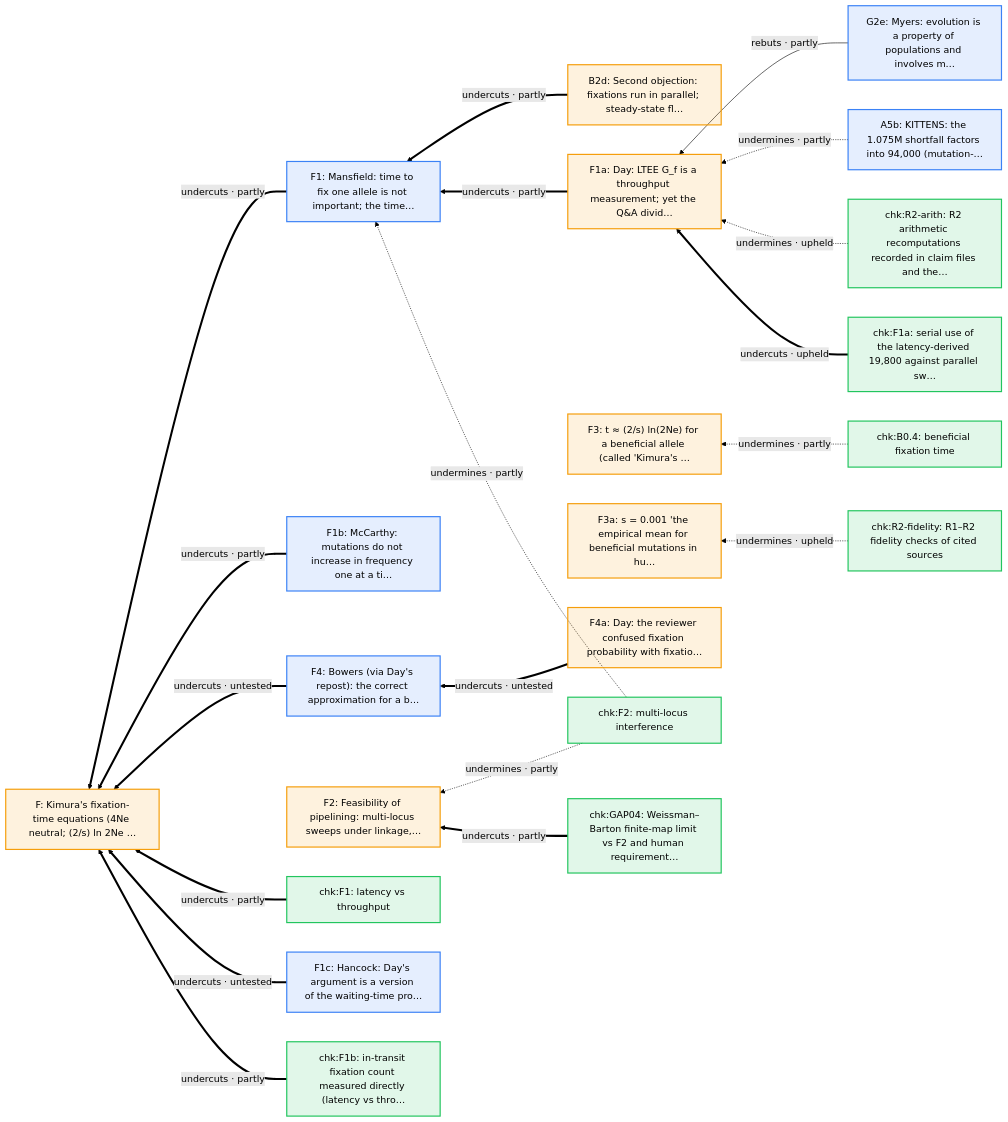
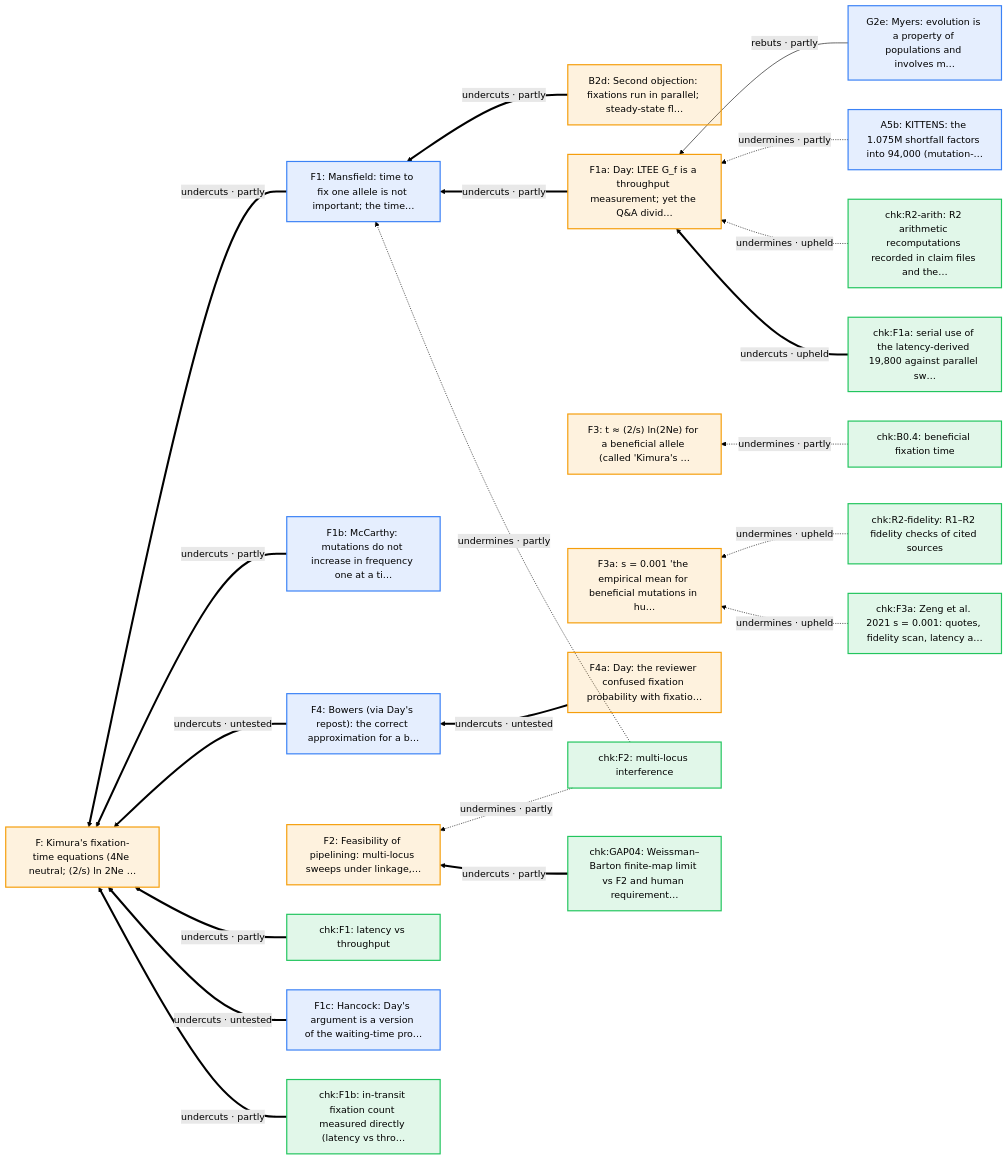
Before and after one commit to nickallevato/evo-sim: diagram 12 of 19 in docs/arguments/defeaters.md, drawn with Mermaid (forest theme). The commit also changed other lines of this file and 32 other files, not shown here.

````diff
--- a/docs/arguments/defeaters.md
+++ b/docs/arguments/defeaters.md
@@ -615,47 +627,49 @@
 ```mermaid
 flowchart RL
   classDef day fill:#f59e0b22,stroke:#f59e0b,stroke-width:2px
   classDef ally fill:#d9770622,stroke:#d97706,stroke-width:2px
   classDef critic fill:#3b82f622,stroke:#3b82f6,stroke-width:2px
   classDef literature fill:#a3a3a322,stroke:#a3a3a3,stroke-width:2px
   classDef audit fill:#22c55e22,stroke:#22c55e,stroke-width:2px
   A5b["A5b: KITTENS: the 1.075M shortfall factors into 94,000 (mutation-…"]:::critic
   B2d["B2d: Second objection: fixations run in parallel; steady-state fl…"]:::day
   F["F: Kimura's fixation-time equations (4Ne neutral; (2/s) ln 2Ne …"]:::day
   F1["F1: Mansfield: time to fix one allele is not important; the time…"]:::critic
   F1a["F1a: Day: LTEE G_f is a throughput measurement; yet the Q&A divid…"]:::day
   F1b["F1b: McCarthy: mutations do not increase in frequency one at a ti…"]:::critic
   F1c["F1c: Hancock: Day's argument is a version of the waiting-time pro…"]:::critic
   F2["F2: Feasibility of pipelining: multi-locus sweeps under linkage,…"]:::day
   F3["F3: t ≈ (2/s) ln(2Ne) for a beneficial allele (called 'Kimura's …"]:::day
   F3a["F3a: s = 0.001 'the empirical mean for beneficial mutations in hu…"]:::day
   F4["F4: Bowers (via Day's repost): the correct approximation for a b…"]:::critic
   F4a["F4a: Day: the reviewer confused fixation probability with fixatio…"]:::day
   G2e["G2e: Myers: evolution is a property of populations and involves m…"]:::critic
   chk_B0_4["chk:B0.4: beneficial fixation time"]:::audit
   chk_F1["chk:F1: latency vs throughput"]:::audit
   chk_F1a["chk:F1a: serial use of the latency-derived 19,800 against parallel sw…"]:::audit
   chk_F1b["chk:F1b: in-transit fixation count measured directly (latency vs thro…"]:::audit
   chk_F2["chk:F2: multi-locus interference"]:::audit
+  chk_F3a["chk:F3a: Zeng et al. 2021 s = 0.001: quotes, fidelity scan, latency a…"]:::audit
   chk_GAP04["chk:GAP04: Weissman–Barton finite-map limit vs F2 and human requirement…"]:::audit
   chk_R2_arith["chk:R2-arith: R2 arithmetic recomputations recorded in claim files and the…"]:::audit
   chk_R2_fidelity["chk:R2-fidelity: R1–R2 fidelity checks of cited sources"]:::audit
   F1 ==>|"undercuts · partly"| F
   F1b ==>|"undercuts · partly"| F
   F4 ==>|"undercuts · untested"| F
   chk_F1 ==>|"undercuts · partly"| F
   F1c ==>|"undercuts · untested"| F
   chk_F1b ==>|"undercuts · partly"| F
   B2d ==>|"undercuts · partly"| F1
   F1a ==>|"undercuts · partly"| F1
   chk_F2 -.->|"undermines · partly"| F1
   chk_F2 -.->|"undermines · partly"| F2
   chk_GAP04 ==>|"undercuts · partly"| F2
   chk_B0_4 -.->|"undermines · partly"| F3
   F4a ==>|"undercuts · untested"| F4
   G2e -->|"rebuts · partly"| F1a
   A5b -.->|"undermines · partly"| F1a
   chk_R2_arith -.->|"undermines · upheld"| F1a
   chk_F1a ==>|"undercuts · upheld"| F1a
   chk_R2_fidelity -.->|"undermines · upheld"| F3a
+  chk_F3a -.->|"undermines · upheld"| F3a
 ```
````
